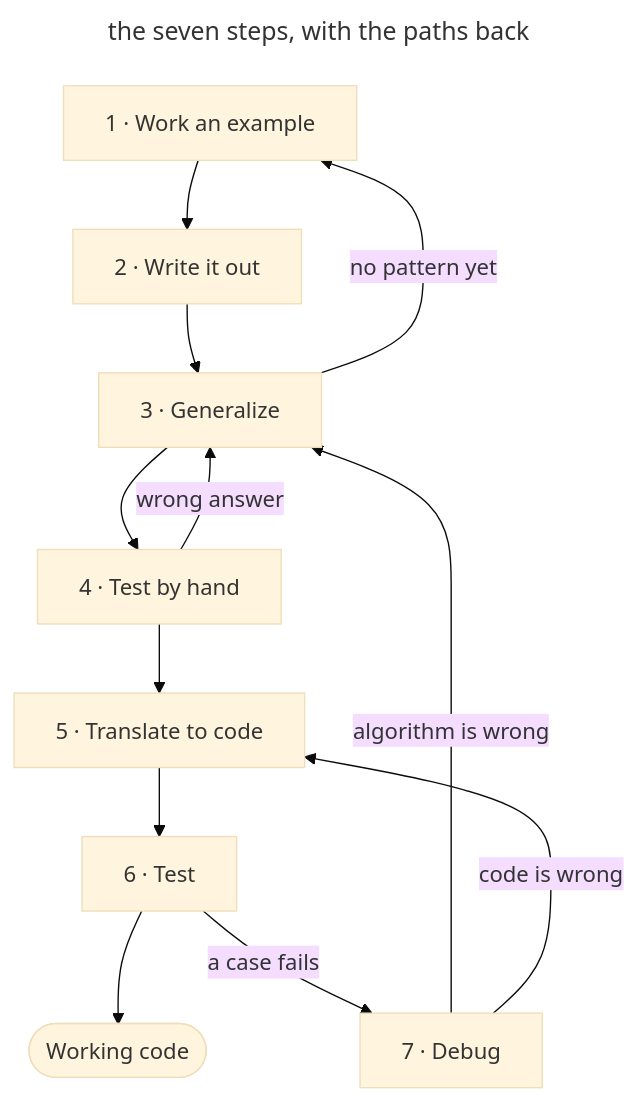
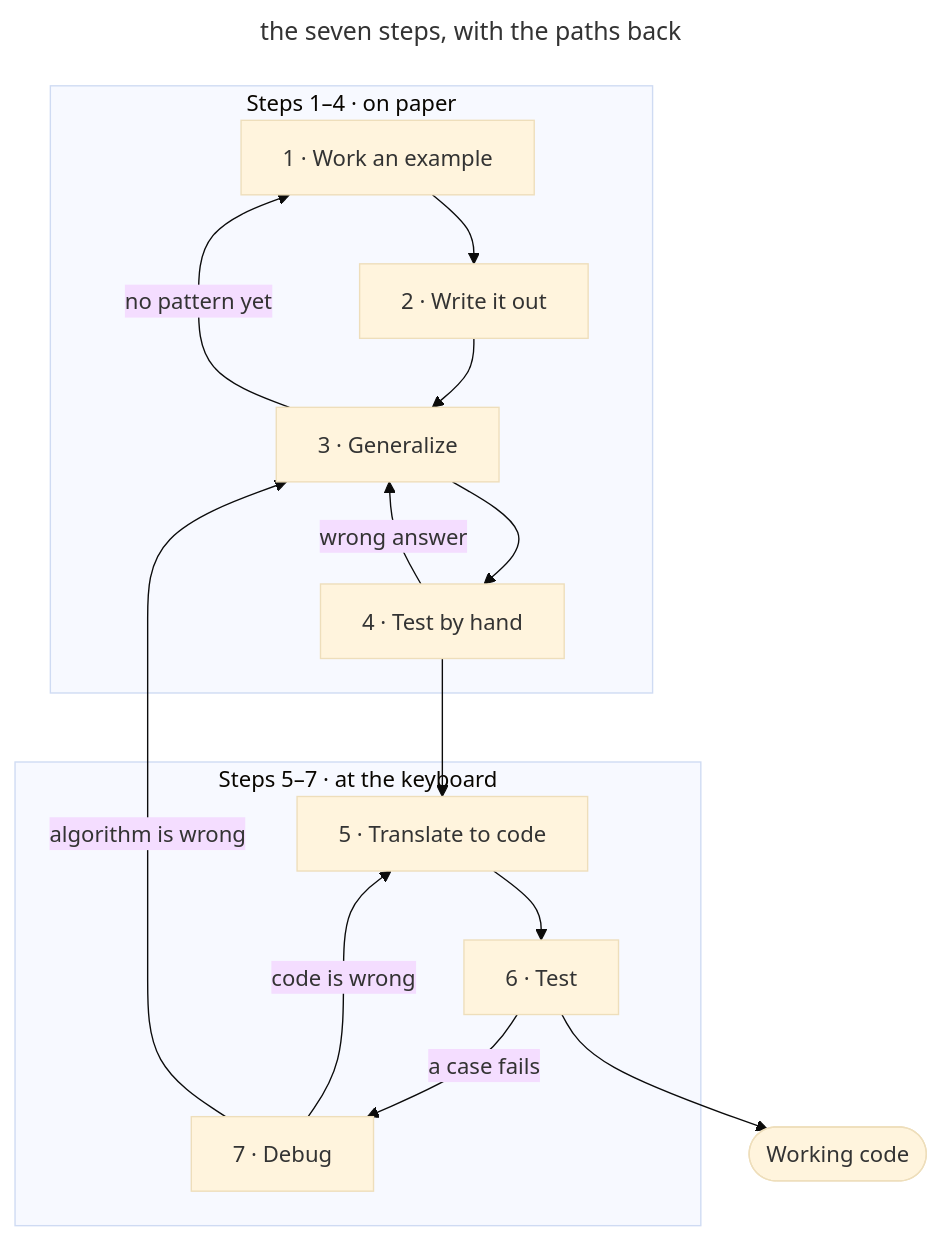
Before and after one commit to Laticent/lattice: the diagram in examples/seven-steps-problem-to-code.md, drawn with Mermaid (base theme). The commit also changed 1 other file, not shown here.

Commit message:
examples(deck): group the Seven Steps flowchart into paper and keyboard lanes
The loop diagram now wraps steps 1-4 and 5-7 in labeled subgraphs, so the
method's seam reads off the figure itself rather than only off the slide
around it.

Kept the outer direction TB. An LR outer with TB subgraphs — the shape
this grouping suggests — is not reachable: mermaid's dagre renderer
ignores a subgraph's `direction` whenever any edge crosses the subgraph
boundary, and this diagram has three unavoidable crossings (4 -> 5, the
"algorithm is wrong" edge 7 -> 3, and 6 -> "Working code"). Verified both
ways: strip the crossings and TB is honored; restore them and both lanes
flow LR again, which collapses the figure into a thin strip a third the
height of the stage. The elk renderer respects nested directions but
rendered off-palette and reordered nodes, so it is not an option here.

Claude-Session: https://claude.ai/code/session_01SyBMrdzthEAhti2GF5HYuQ

````diff
--- a/examples/seven-steps-problem-to-code.md
+++ b/examples/seven-steps-problem-to-code.md
@@ -202,17 +202,21 @@
 ```mermaid
 ---
 title: the seven steps, with the paths back
 ---
 flowchart TB
-  S1["1 · Work an example"] --> S2["2 · Write it out"]
-  S2 --> S3["3 · Generalize"]
-  S3 --> S4["4 · Test by hand"]
-  S4 --> S5["5 · Translate to code"]
-  S5 --> S6["6 · Test"]
+  subgraph paper["Steps 1–4 · on paper"]
+    S1["1 · Work an example"] --> S2["2 · Write it out"]
+    S2 --> S3["3 · Generalize"]
+    S3 --> S4["4 · Test by hand"]
+    S4 -->|"wrong answer"| S3
+    S3 -->|"no pattern yet"| S1
+  end
+  subgraph machine["Steps 5–7 · at the keyboard"]
+    S5["5 · Translate to code"] --> S6["6 · Test"]
+    S6 -->|"a case fails"| S7["7 · Debug"]
+    S7 -->|"code is wrong"| S5
+  end
+  S4 --> S5
   S6 --> OK(["Working code"])
-  S6 -->|"a case fails"| S7["7 · Debug"]
-  S4 -->|"wrong answer"| S3
-  S3 -->|"no pattern yet"| S1
   S7 -->|"algorithm is wrong"| S3
-  S7 -->|"code is wrong"| S5
 ```
````
